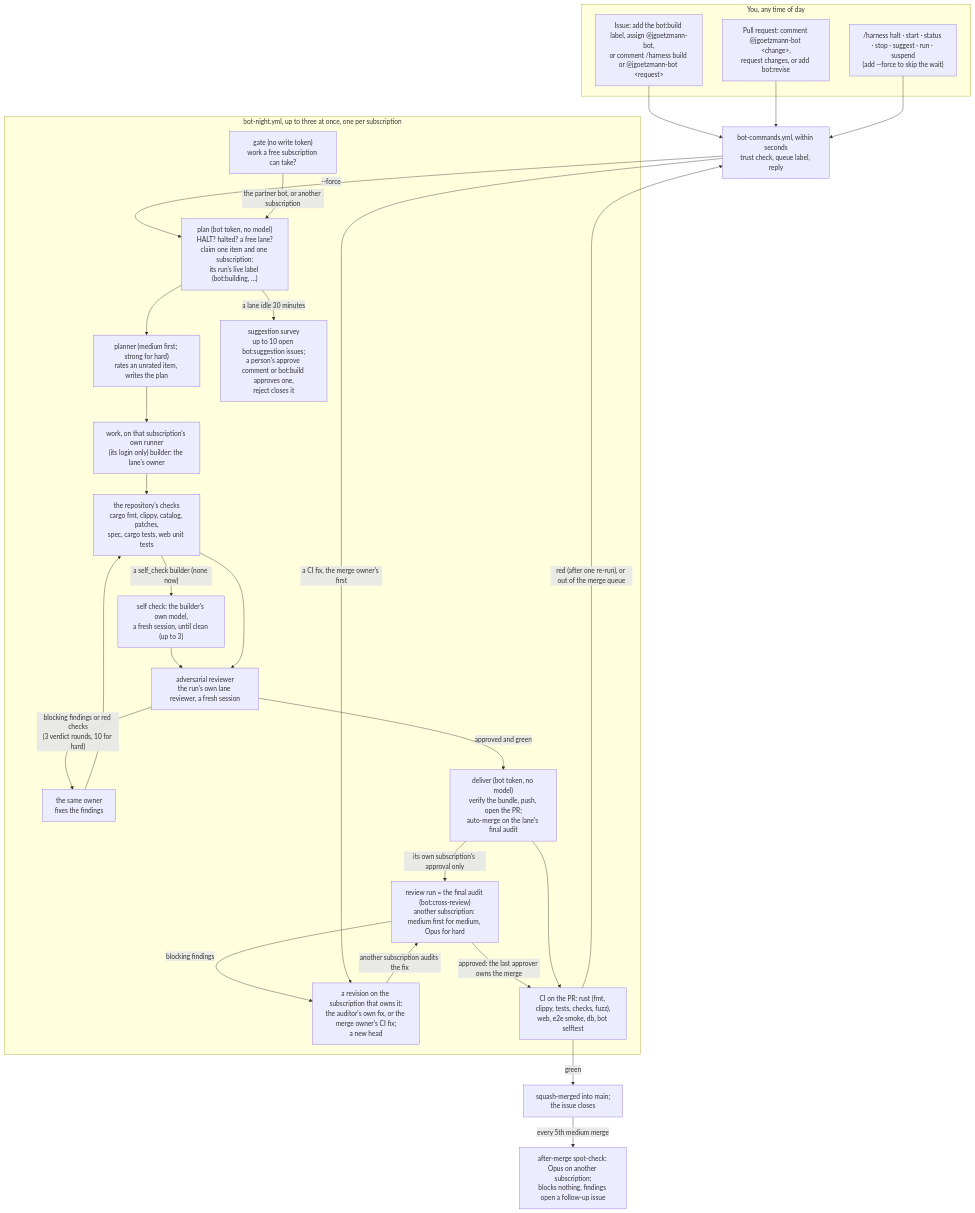
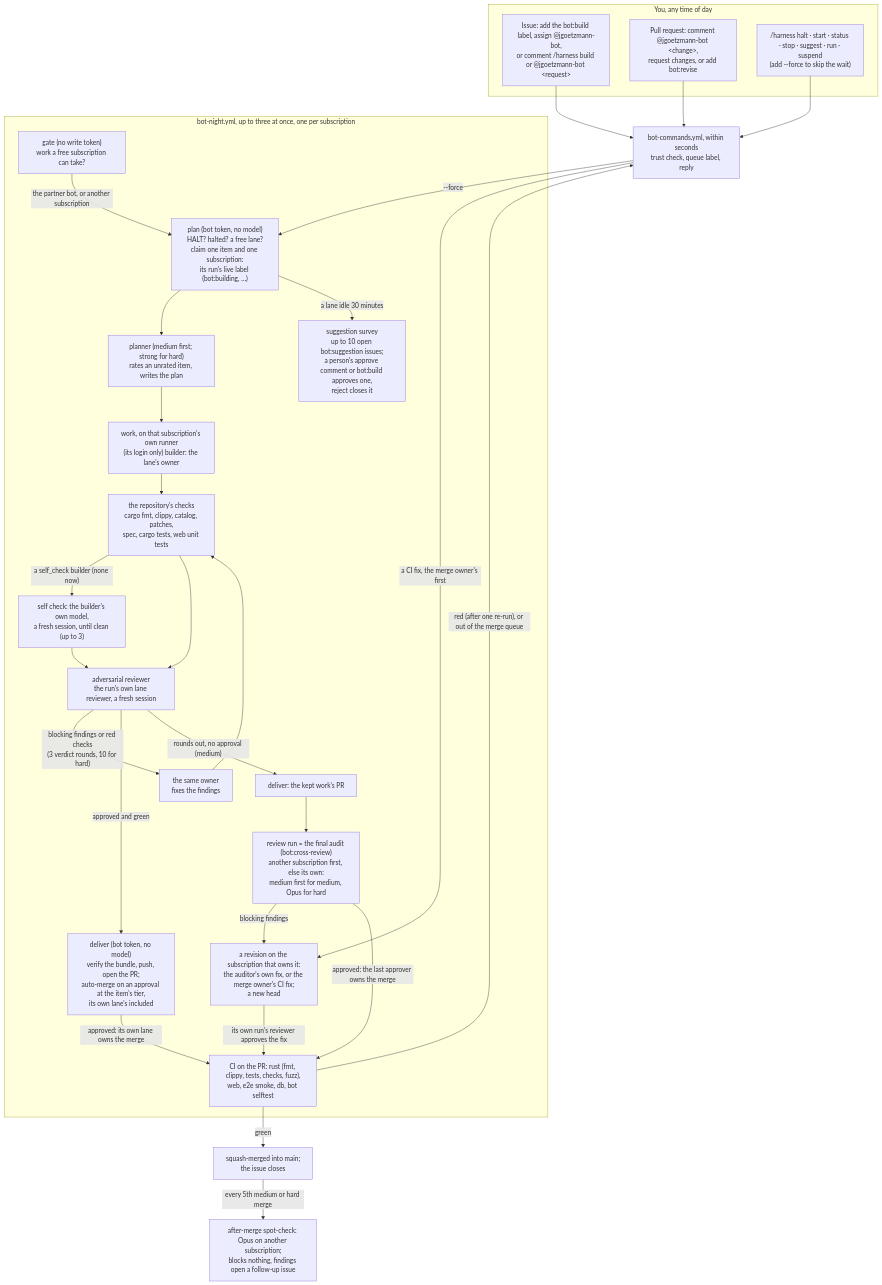
Before and after one commit to Jlore-Studios/JackiOh: the diagram in bot/README.md, drawn with Mermaid. The commit also changed other lines of this file and 45 other files, not shown here.

First line of the commit message:
night bot: an item's own lane approves its work (Opus for hard), the spot-check samples medium and hard merges, and agy stays on Gemini 3.8 Flash (#2748)

````diff
--- a/bot/README.md
+++ b/bot/README.md
@@ -39,37 +43,38 @@
 ```mermaid
 flowchart TD
   subgraph you["You, any time of day"]
     I["Issue: add the bot:build label, assign @jgoetzmann-bot,<br/>or comment /harness build or @jgoetzmann-bot &lt;request&gt;"]
     P["Pull request: comment @jgoetzmann-bot &lt;change&gt;,<br/>request changes, or add bot:revise"]
     K["/harness halt · start · status · stop · suggest · run · suspend<br/>(add --force to skip the wait)"]
   end
   I --> E
   P --> E
   K --> E
   E["bot-commands.yml, within seconds<br/>trust check, queue label, reply"]
   E -- "--force" --> PL
   subgraph night["bot-night.yml, up to three at once, one per subscription"]
     GA["gate (no write token)<br/>work a free subscription can take?"]
     GA -- "the partner bot, or another subscription" --> PL
     PL["plan (bot token, no model)<br/>HALT? halted? a free lane?<br/>claim one item and one subscription:<br/>its run's live label (bot:building, …)"]
     PL --> PN["planner (medium first; strong for hard)<br/>rates an unrated item, writes the plan"]
     PN --> B["work, on that subscription's own runner<br/>(its login only) builder: the lane's owner"]
     B --> G["the repository's checks<br/>cargo fmt, clippy, catalog, patches,<br/>spec, cargo tests, web unit tests"]
     G -- "a self_check builder (none now)" --> SC["self check: the builder's own model,<br/>a fresh session, until clean (up to 3)"]
     SC --> R
     G --> R["adversarial reviewer<br/>the run's own lane reviewer, a fresh session"]
     R -- "blocking findings or red checks<br/>(3 verdict rounds, 10 for hard)" --> F["the same owner<br/>fixes the findings"]
     F --> G
-    R -- "approved and green" --> D["deliver (bot token, no model)<br/>verify the bundle, push, open the PR;<br/>auto-merge on the lane's final audit"]
-    D -- "its own subscription's approval only" --> X["review run = the final audit (bot:cross-review)<br/>another subscription: medium first for medium, Opus for hard"]
+    R -- "approved and green" --> D["deliver (bot token, no model)<br/>verify the bundle, push, open the PR;<br/>auto-merge on an approval at the item's tier,<br/>its own lane's included"]
+    R -- "rounds out, no approval (medium)" --> D2["deliver: the kept work's PR"]
+    D2 --> X["review run = the final audit (bot:cross-review)<br/>another subscription first, else its own:<br/>medium first for medium, Opus for hard"]
     X -- "blocking findings" --> XF["a revision on the subscription that owns it:<br/>the auditor's own fix, or the merge owner's CI fix;<br/>a new head"]
-    XF -- "another subscription audits the fix" --> X
+    XF -- "its own run's reviewer approves the fix" --> CI
     X -- "approved: the last approver owns the merge" --> CI
     PL -- "a lane idle 30 minutes" --> S["suggestion survey<br/>up to 10 open bot:suggestion issues;<br/>a person's approve comment or bot:build approves one,<br/>reject closes it"]
   end
-  D --> CI["CI on the PR: rust (fmt, clippy, tests, checks, fuzz),<br/>web, e2e smoke, db, bot selftest"]
+  D -- "approved: its own lane owns the merge" --> CI["CI on the PR: rust (fmt, clippy, tests, checks, fuzz),<br/>web, e2e smoke, db, bot selftest"]
   CI -- "green" --> M["squash-merged into main;<br/>the issue closes"]
   CI -- "red (after one re-run), or out of the merge queue" --> E
   E -- "a CI fix, the merge owner's first" --> XF
-  M -- "every 5th medium merge" --> SP["after-merge spot-check: Opus on another subscription;<br/>blocks nothing, findings open a follow-up issue"]
+  M -- "every 5th medium or hard merge" --> SP["after-merge spot-check: Opus on another subscription;<br/>blocks nothing, findings open a follow-up issue"]
 ```
````
